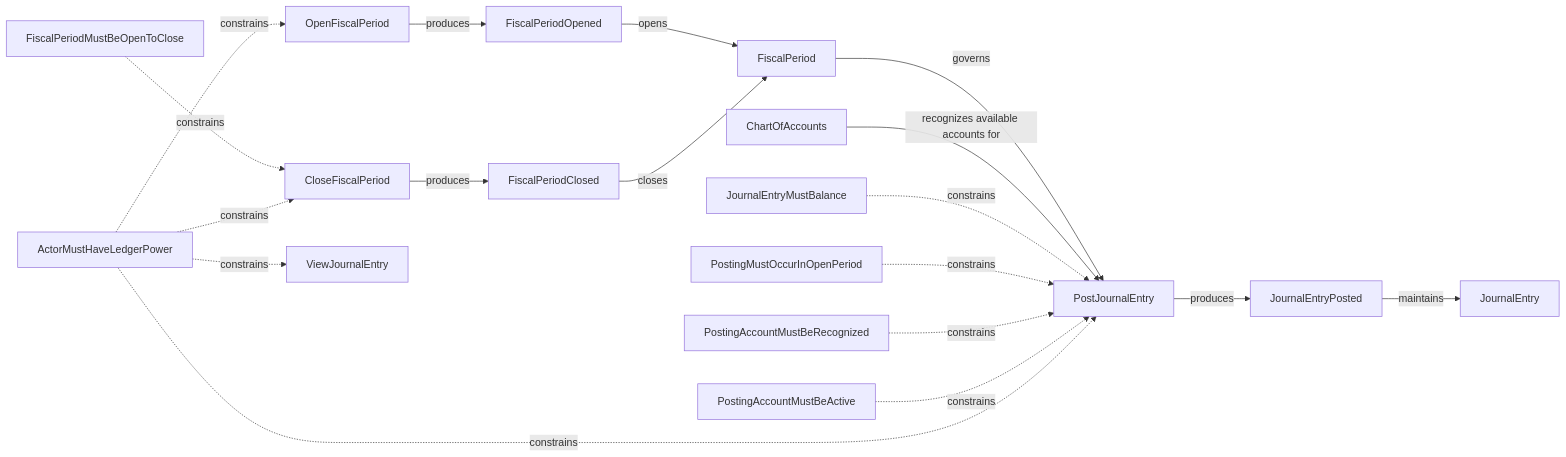
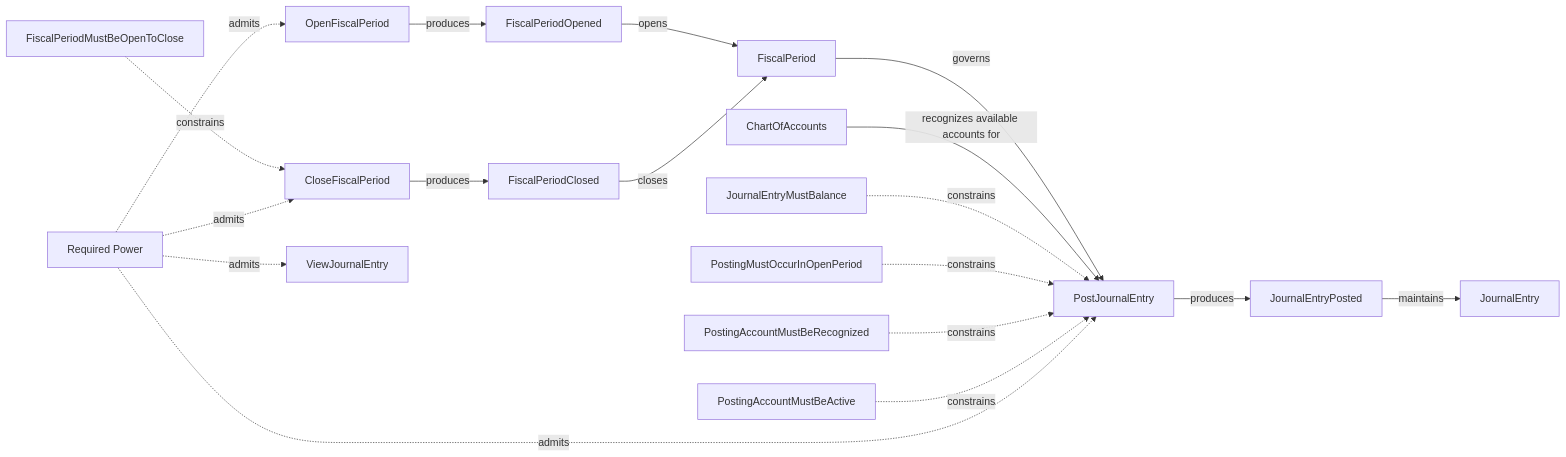
The diagram in src/ACC.Ledger/README.md (runemalm/acc-dotnet), drawn with Mermaid before and after one commit. The commit also changed other lines of this file and 32 other files, not shown here.

````diff
--- a/src/ACC.Ledger/README.md
+++ b/src/ACC.Ledger/README.md
@@ -11,41 +11,42 @@
 ```mermaid
 flowchart LR
 
     PostJournalEntry["PostJournalEntry"]
     OpenFiscalPeriod["OpenFiscalPeriod"]
     CloseFiscalPeriod["CloseFiscalPeriod"]
     JournalEntryPosted["JournalEntryPosted"]
     FiscalPeriodOpened["FiscalPeriodOpened"]
     FiscalPeriodClosed["FiscalPeriodClosed"]
 
     JournalEntry["JournalEntry"]
     FiscalPeriod["FiscalPeriod"]
     ChartOfAccounts["ChartOfAccounts"]
 
     JournalEntryMustBalance["JournalEntryMustBalance"]
     PostingMustOccurInOpenPeriod["PostingMustOccurInOpenPeriod"]
     PostingAccountMustBeRecognized["PostingAccountMustBeRecognized"]
     PostingAccountMustBeActive["PostingAccountMustBeActive"]
     FiscalPeriodMustBeOpenToClose["FiscalPeriodMustBeOpenToClose"]
+    RequiredPower["Required Power"]
 
     PostJournalEntry -->|produces| JournalEntryPosted
     OpenFiscalPeriod -->|produces| FiscalPeriodOpened
     CloseFiscalPeriod -->|produces| FiscalPeriodClosed
 
     JournalEntryPosted -->|maintains| JournalEntry
     FiscalPeriodOpened -->|opens| FiscalPeriod
     FiscalPeriodClosed -->|closes| FiscalPeriod
 
     FiscalPeriod -->|governs| PostJournalEntry
     ChartOfAccounts -->|recognizes available accounts for| PostJournalEntry
 
     JournalEntryMustBalance -. constrains .-> PostJournalEntry
     PostingMustOccurInOpenPeriod -. constrains .-> PostJournalEntry
     PostingAccountMustBeRecognized -. constrains .-> PostJournalEntry
     PostingAccountMustBeActive -. constrains .-> PostJournalEntry
     FiscalPeriodMustBeOpenToClose -. constrains .-> CloseFiscalPeriod
-    ActorMustHaveLedgerPower -. constrains .-> OpenFiscalPeriod
-    ActorMustHaveLedgerPower -. constrains .-> CloseFiscalPeriod
-    ActorMustHaveLedgerPower -. constrains .-> PostJournalEntry
-    ActorMustHaveLedgerPower -. constrains .-> ViewJournalEntry
+    RequiredPower -. admits .-> OpenFiscalPeriod
+    RequiredPower -. admits .-> CloseFiscalPeriod
+    RequiredPower -. admits .-> PostJournalEntry
+    RequiredPower -. admits .-> ViewJournalEntry
 ```
````
